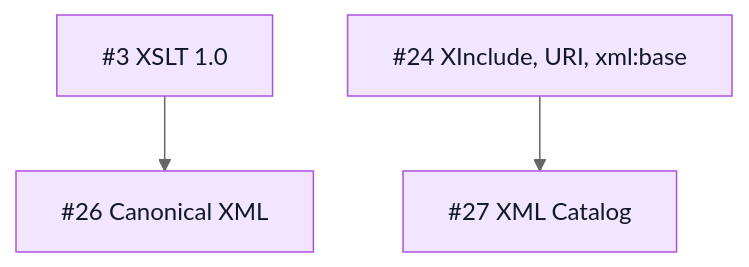
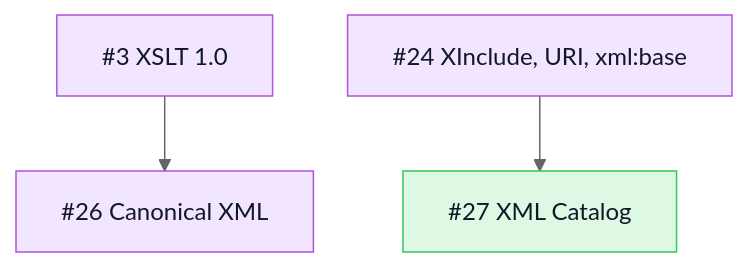
The fourth of 4 diagrams in README.md (mihaelamj/PureXML), drawn with Mermaid (neutral theme) before and after one commit. The commit also changed 5 other files, not shown here.

First line of the commit message:
feat(catalog): OASIS XML Catalog resolution

````diff
--- a/README.md
+++ b/README.md
@@ -102,13 +102,13 @@
 ```mermaid
 flowchart TB
   classDef done fill:#ddf9e4,stroke:#34c759,color:#111827
   classDef review fill:#fff7d6,stroke:#ffcc00,color:#111827
   classDef epic fill:#f2e5ff,stroke:#af52de,color:#111827
   classDef todo fill:#f2f4f7,stroke:#8e8e93,color:#111827
   Xslt["#3 XSLT 1.0"]:::epic
   XInclude["#24 XInclude, URI, xml:base"]:::epic
   C14n["#26 Canonical XML"]:::epic
-  Catalog["#27 XML Catalog"]:::epic
+  Catalog["#27 XML Catalog"]:::done
   Xslt --> C14n
   XInclude --> Catalog
 ```
````
